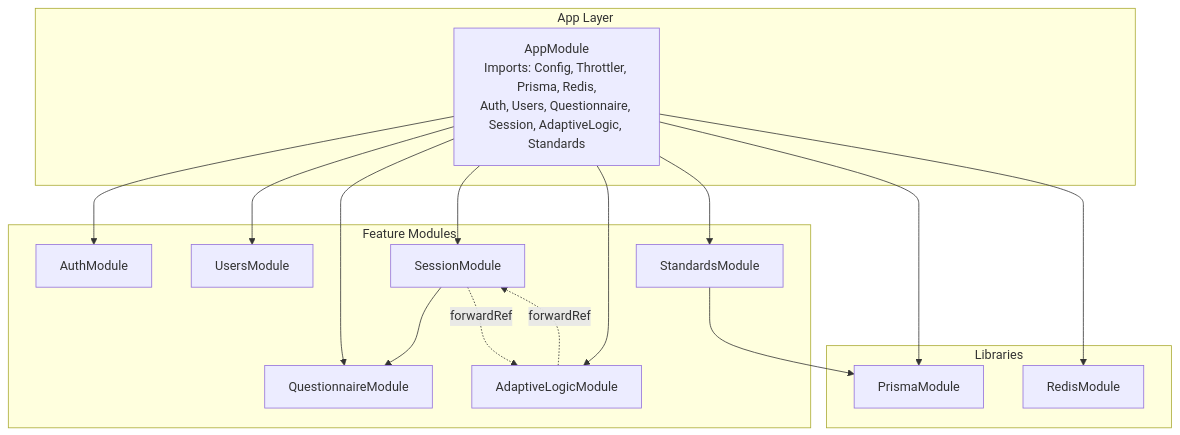
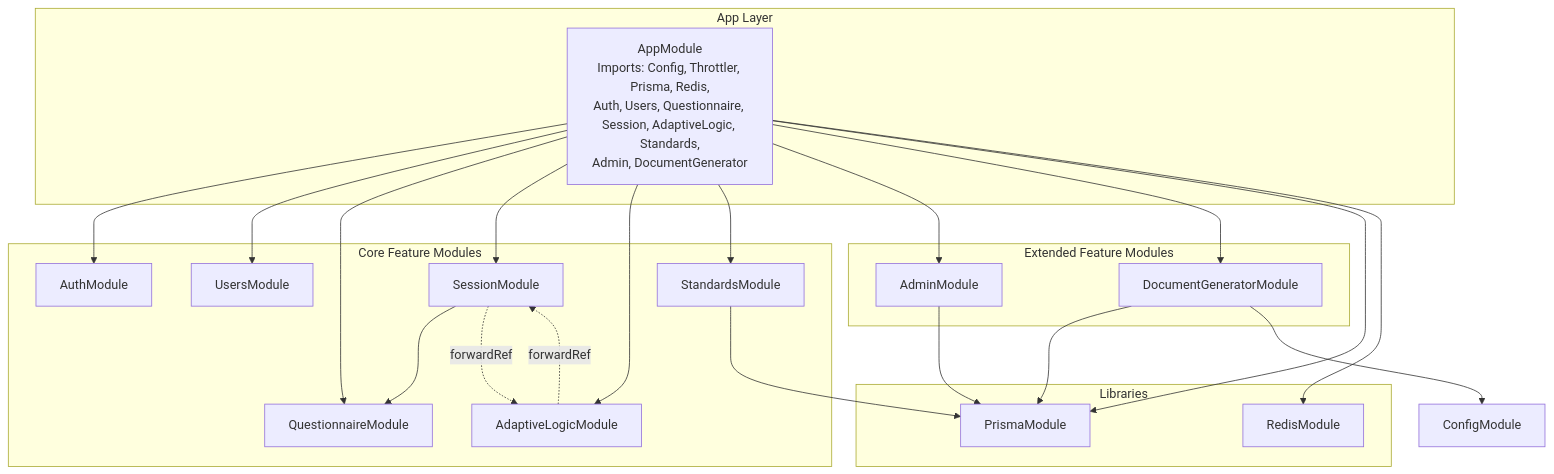
Before and after one commit to Avi-Bendetsky/Quiz-to-build: the first of 11 diagrams in .qoder/repowiki/en/content/Core Modules/Core Modules.md, drawn with Mermaid. The commit also changed other lines of this file and 41 other files, not shown here.

````diff
--- a/.qoder/repowiki/en/content/Core Modules/Core Modules.md
+++ b/.qoder/repowiki/en/content/Core Modules/Core Modules.md
@@ -42,30 +62,39 @@
 ```mermaid
 graph TB
 subgraph "App Layer"
-AppModule["AppModule<br/>Imports: Config, Throttler, Prisma, Redis,<br/>Auth, Users, Questionnaire, Session, AdaptiveLogic, Standards"]
+AppModule["AppModule<br/>Imports: Config, Throttler, Prisma, Redis,<br/>Auth, Users, Questionnaire, Session, AdaptiveLogic, Standards,<br/>Admin, DocumentGenerator"]
 end
-subgraph "Feature Modules"
+subgraph "Core Feature Modules"
 AuthModule["AuthModule"]
 UsersModule["UsersModule"]
 QuestionnaireModule["QuestionnaireModule"]
 SessionModule["SessionModule"]
 AdaptiveLogicModule["AdaptiveLogicModule"]
 StandardsModule["StandardsModule"]
+end
+subgraph "Extended Feature Modules"
+AdminModule["AdminModule"]
+DocumentGeneratorModule["DocumentGeneratorModule"]
 end
 subgraph "Libraries"
 PrismaModule["PrismaModule"]
 RedisModule["RedisModule"]
 end
 AppModule --> AuthModule
 AppModule --> UsersModule
 AppModule --> QuestionnaireModule
 AppModule --> SessionModule
 AppModule --> AdaptiveLogicModule
 AppModule --> StandardsModule
+AppModule --> AdminModule
+AppModule --> DocumentGeneratorModule
 AppModule --> PrismaModule
 AppModule --> RedisModule
 SessionModule --> QuestionnaireModule
 SessionModule -. forwardRef .-> AdaptiveLogicModule
 AdaptiveLogicModule -. forwardRef .-> SessionModule
 StandardsModule --> PrismaModule
+AdminModule --> PrismaModule
+DocumentGeneratorModule --> PrismaModule
+DocumentGeneratorModule --> ConfigModule
 ```
````
